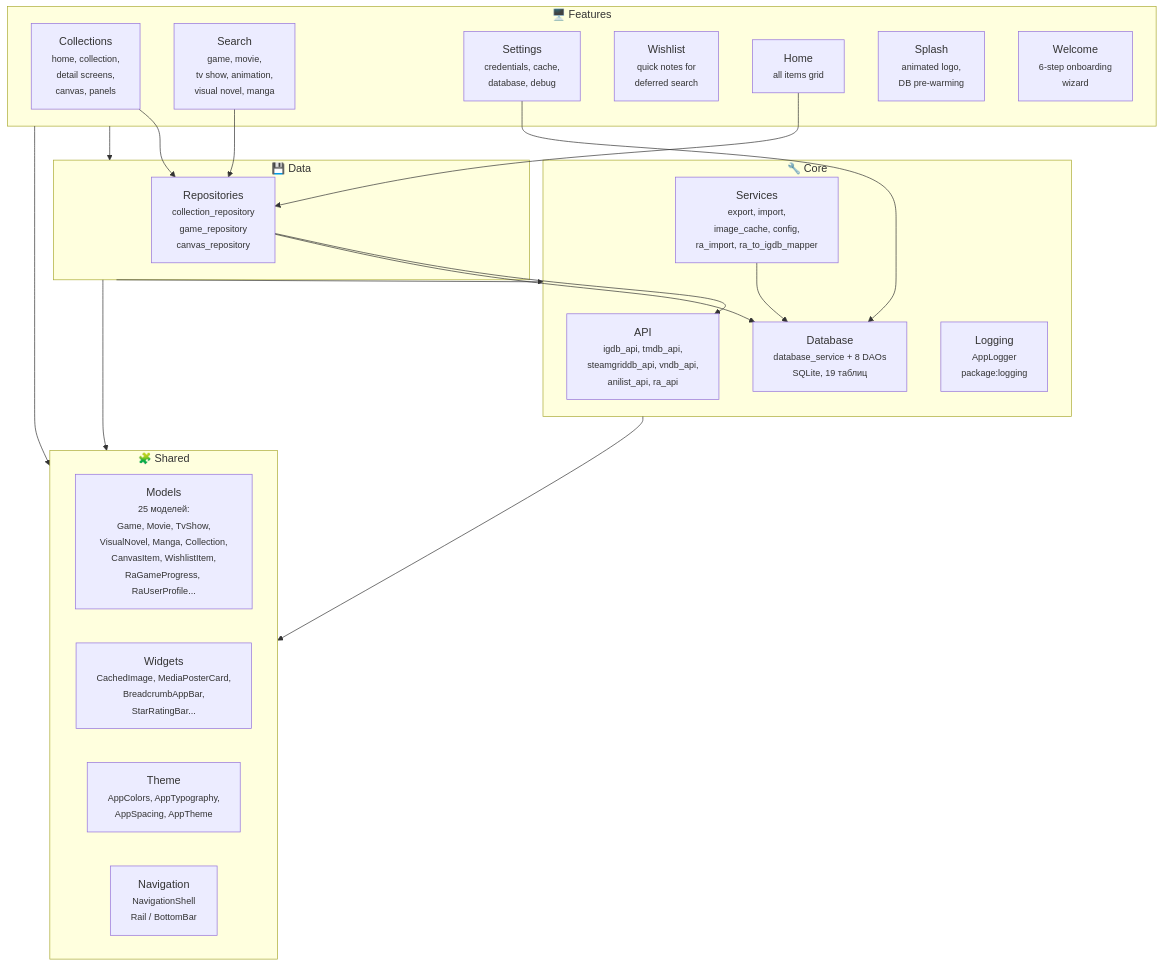
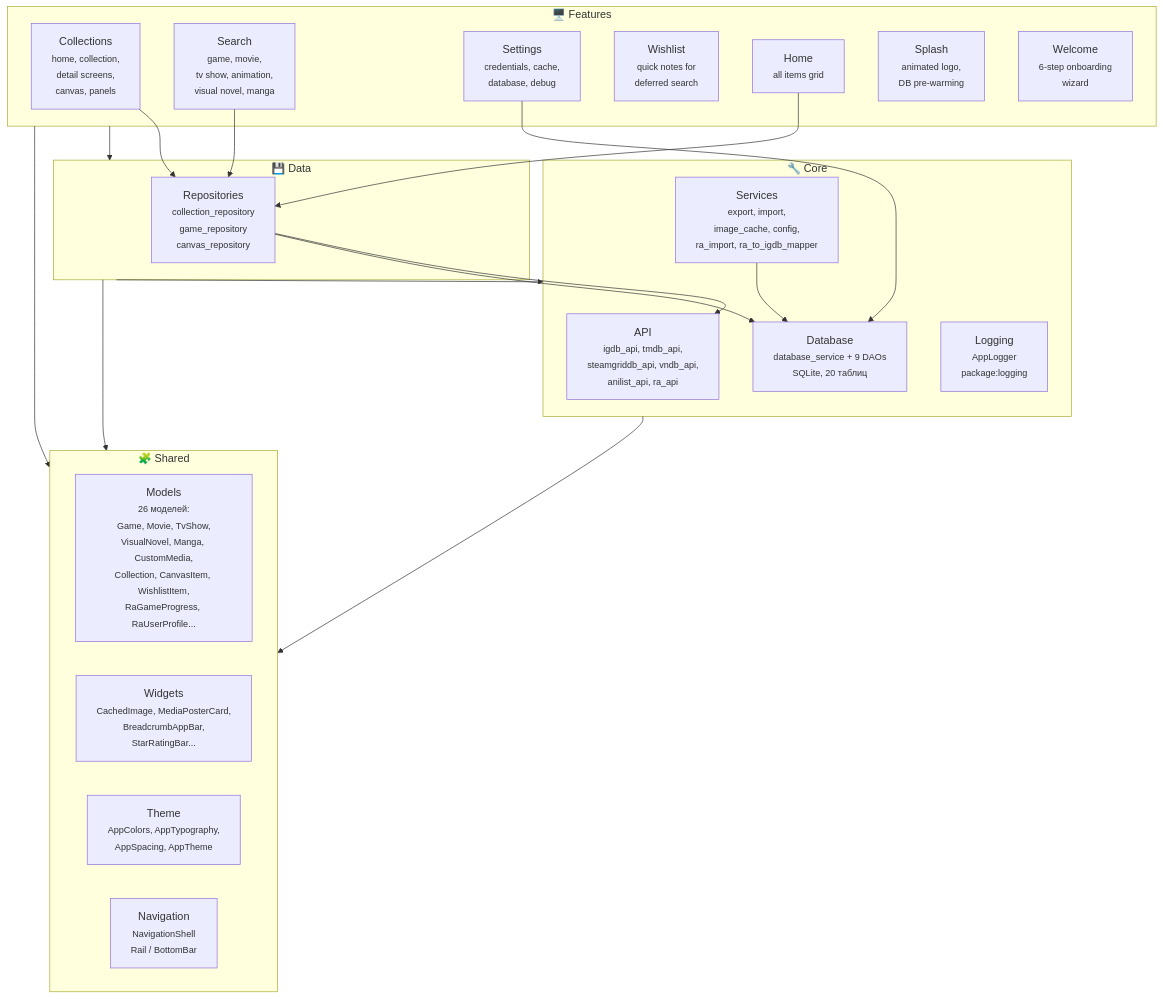
One commit to hacan359/tonkatsu_box changed the first of 2 diagrams in docs/ARCHITECTURE.md. Above: the diagram before and after it, drawn with Mermaid. The commit also changed other lines of this file and 2 other files, not shown here.

Commit message:
docs: add custom items to changelog, architecture, roadmap

````diff
--- a/docs/ARCHITECTURE.md
+++ b/docs/ARCHITECTURE.md
@@ -24,44 +24,44 @@
 ```mermaid
 graph TB
     subgraph core ["🔧 Core"]
         api["API<br/><small>igdb_api, tmdb_api,<br/>steamgriddb_api, vndb_api,<br/>anilist_api, ra_api</small>"]
-        database["Database<br/><small>database_service + 8 DAOs<br/>SQLite, 19 таблиц</small>"]
+        database["Database<br/><small>database_service + 9 DAOs<br/>SQLite, 20 таблиц</small>"]
         logging["Logging<br/><small>AppLogger<br/>package:logging</small>"]
         services["Services<br/><small>export, import,<br/>image_cache, config,<br/>ra_import, ra_to_igdb_mapper</small>"]
     end
 
     subgraph data ["💾 Data"]
         repositories["Repositories<br/><small>collection_repository<br/>game_repository<br/>canvas_repository</small>"]
     end
 
     subgraph features ["🖥️ Features"]
         collections["Collections<br/><small>home, collection,<br/>detail screens,<br/>canvas, panels</small>"]
         search["Search<br/><small>game, movie,<br/>tv show, animation,<br/>visual novel, manga</small>"]
         settings["Settings<br/><small>credentials, cache,<br/>database, debug</small>"]
         wishlist["Wishlist<br/><small>quick notes for<br/>deferred search</small>"]
         home["Home<br/><small>all items grid</small>"]
         splash["Splash<br/><small>animated logo,<br/>DB pre-warming</small>"]
         welcome["Welcome<br/><small>6-step onboarding<br/>wizard</small>"]
     end
 
     subgraph shared ["🧩 Shared"]
-        models["Models<br/><small>25 моделей:<br/>Game, Movie, TvShow,<br/>VisualNovel, Manga, Collection,<br/>CanvasItem, WishlistItem,<br/>RaGameProgress, RaUserProfile...</small>"]
+        models["Models<br/><small>26 моделей:<br/>Game, Movie, TvShow,<br/>VisualNovel, Manga, CustomMedia,<br/>Collection, CanvasItem, WishlistItem,<br/>RaGameProgress, RaUserProfile...</small>"]
         widgets["Widgets<br/><small>CachedImage, MediaPosterCard,<br/>BreadcrumbAppBar,<br/>StarRatingBar...</small>"]
         theme["Theme<br/><small>AppColors, AppTypography,<br/>AppSpacing, AppTheme</small>"]
         navigation["Navigation<br/><small>NavigationShell<br/>Rail / BottomBar</small>"]
     end
 
     features --> data
     features --> shared
     data --> core
     data --> shared
     core --> shared
 
     collections --> repositories
     search --> repositories
     settings --> database
     home --> repositories
     repositories --> api
     repositories --> database
     services --> database
 ```
````
